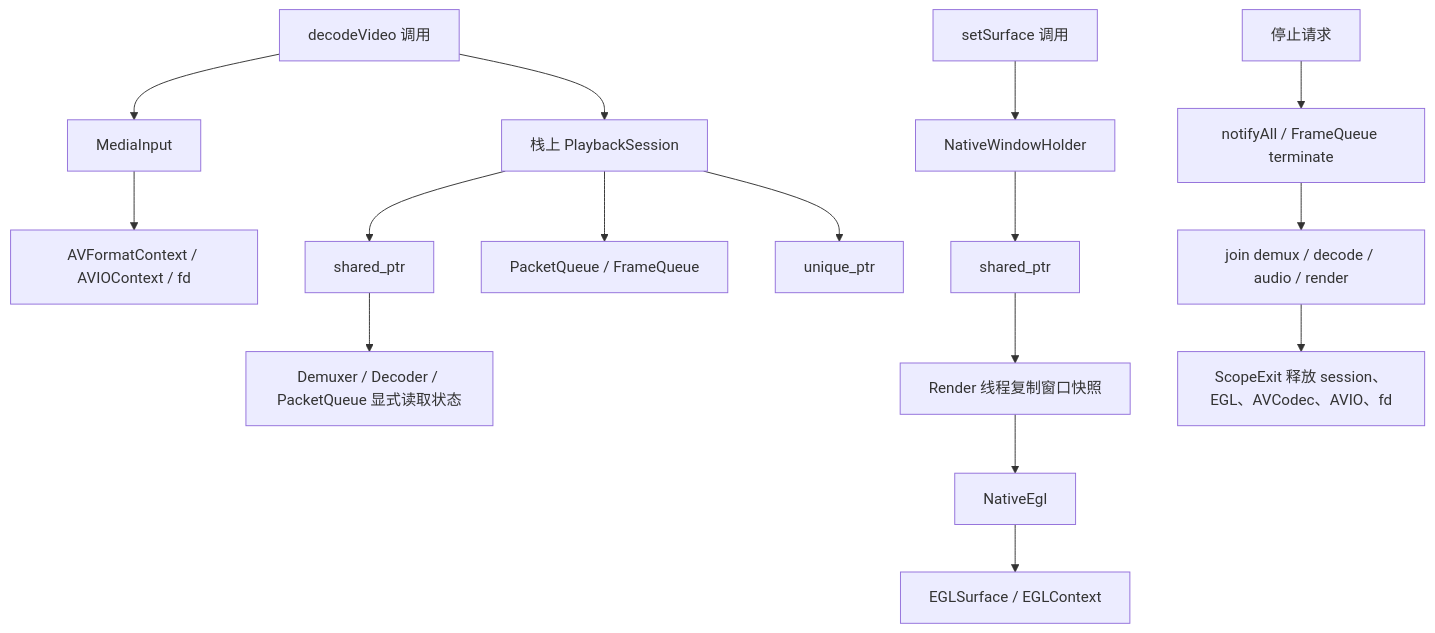
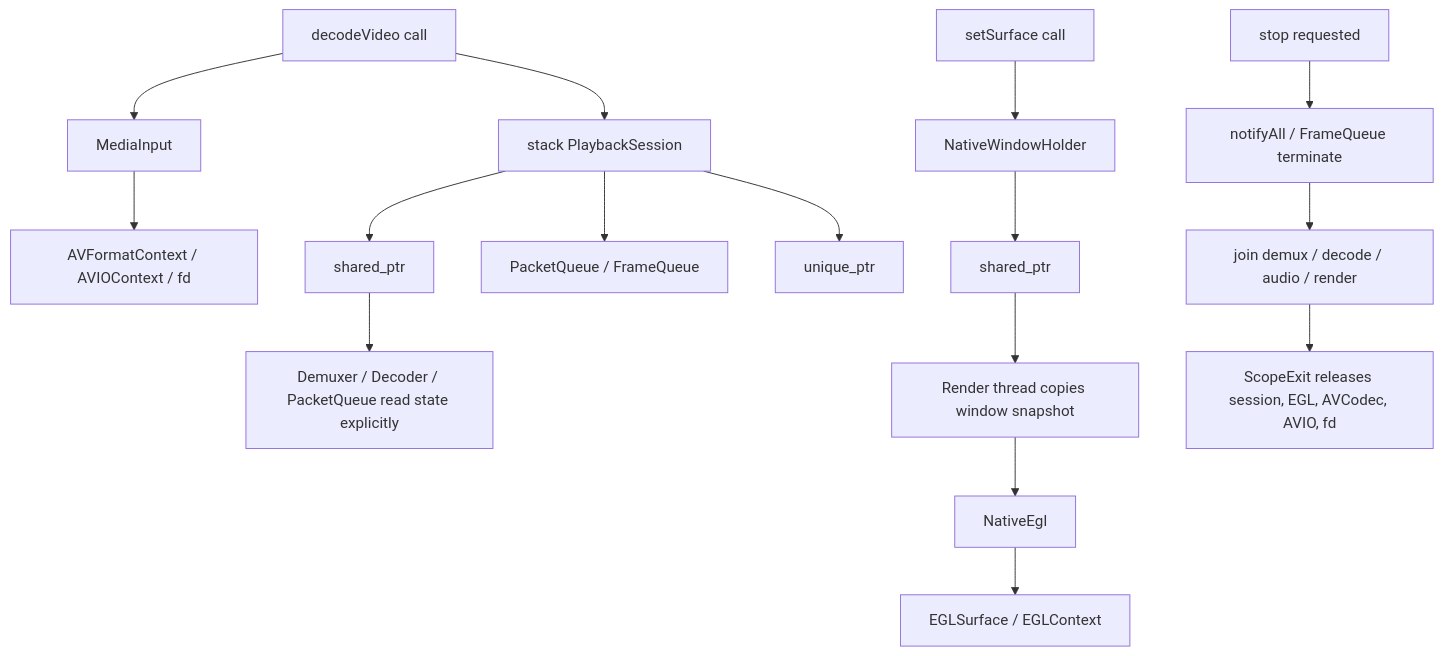
The fifth of 6 diagrams in README.md (Skyline7190/VideoDecoder), drawn with Mermaid before and after one commit. The commit also changed other lines of this file and 21 other files, not shown here.

````diff
--- a/README.md
+++ b/README.md
@@ -332,20 +317,20 @@
 ```mermaid
 flowchart TB
-    DecodeCall["decodeVideo 调用"] --> LocalSession["栈上 PlaybackSession"]
+    DecodeCall["decodeVideo call"] --> LocalSession["stack PlaybackSession"]
     DecodeCall --> Input["MediaInput"]
     Input --> InputResource["AVFormatContext / AVIOContext / fd"]
     LocalSession --> State["shared_ptr<PlaybackState>"]
     LocalSession --> Queues["PacketQueue / FrameQueue"]
     LocalSession --> AudioPtr["unique_ptr<AudioRenderer>"]
-    State --> DemuxerState["Demuxer / Decoder / PacketQueue 显式读取状态"]
+    State --> DemuxerState["Demuxer / Decoder / PacketQueue read state explicitly"]
 
-    SurfaceCall["setSurface 调用"] --> WindowHolder["NativeWindowHolder"]
+    SurfaceCall["setSurface call"] --> WindowHolder["NativeWindowHolder"]
     WindowHolder --> SharedWindow["shared_ptr<ANativeWindow>"]
-    SharedWindow --> RenderSnapshot["Render 线程复制窗口快照"]
+    SharedWindow --> RenderSnapshot["Render thread copies window snapshot"]
     RenderSnapshot --> NativeEgl["NativeEgl"]
     NativeEgl --> EGLSurface["EGLSurface / EGLContext"]
 
-    Stop["停止请求"] --> Wake["notifyAll / FrameQueue terminate"]
+    Stop["stop requested"] --> Wake["notifyAll / FrameQueue terminate"]
     Wake --> Join["join demux / decode / audio / render"]
-    Join --> Cleanup["ScopeExit 释放 session、EGL、AVCodec、AVIO、fd"]
+    Join --> Cleanup["ScopeExit releases session, EGL, AVCodec, AVIO, fd"]
 ```
````
